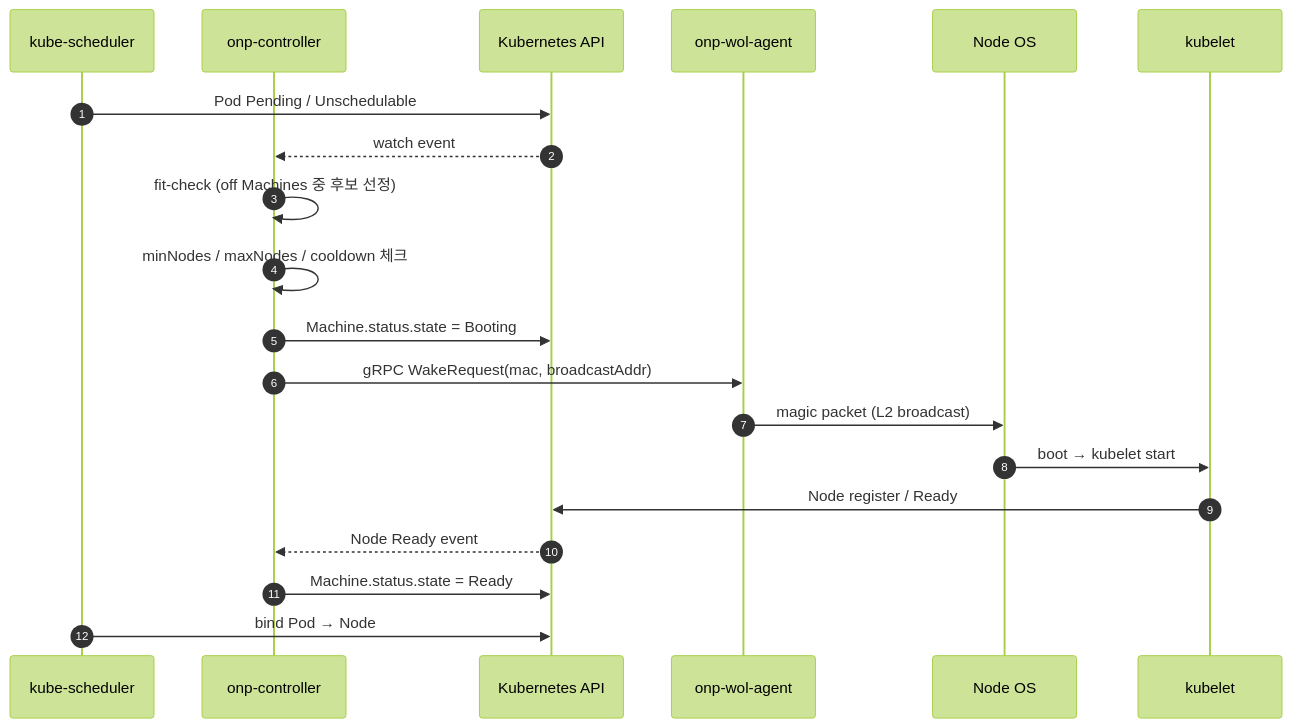
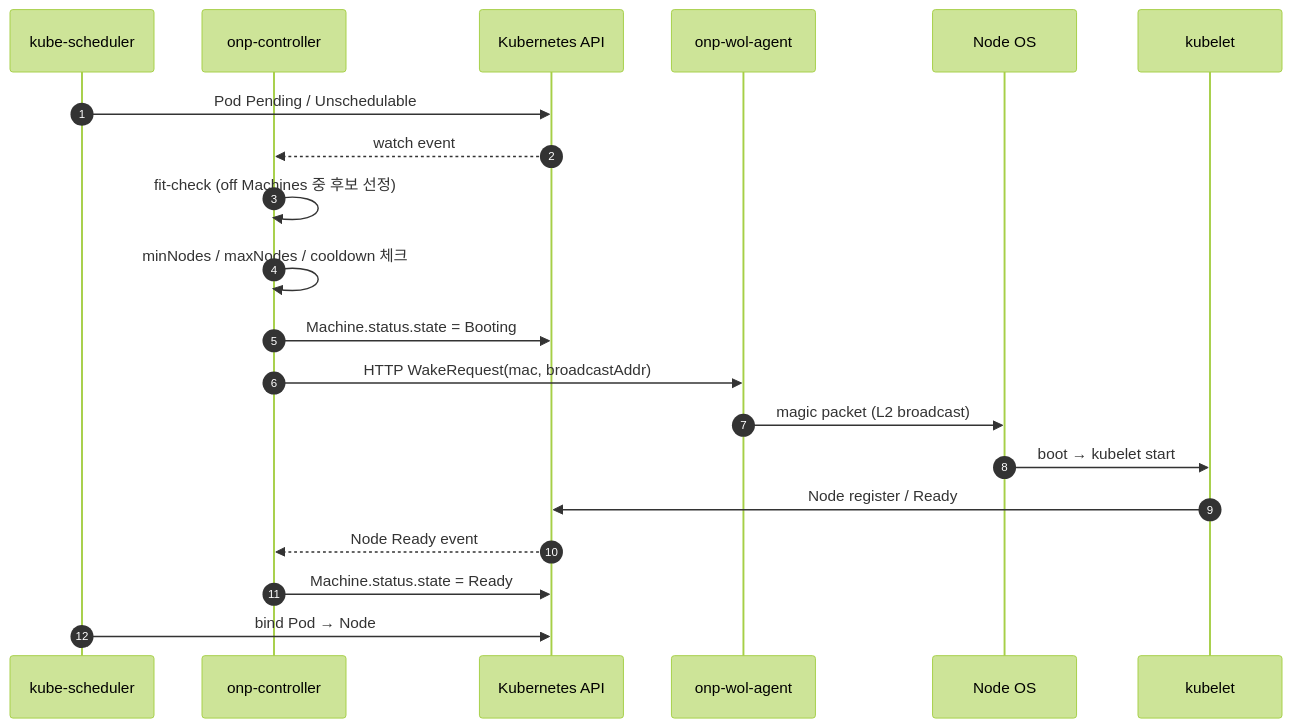
The third of 5 diagrams in docs/DESIGN.md (zzzinho/on-prem-node-provisioner), drawn with Mermaid (forest theme) before and after one commit. The commit also changed other lines of this file and 1 other file, not shown here.

````diff
--- a/docs/DESIGN.md
+++ b/docs/DESIGN.md
@@ -239,23 +239,23 @@
 ```mermaid
 sequenceDiagram
     autonumber
     participant Sched as kube-scheduler
     participant Ctrl as onp-controller
     participant API as Kubernetes API
     participant WoL as onp-wol-agent
     participant OS as Node OS
     participant Kub as kubelet
 
     Sched->>API: Pod Pending / Unschedulable
     API-->>Ctrl: watch event
     Ctrl->>Ctrl: fit-check (off Machines 중 후보 선정)
     Ctrl->>Ctrl: minNodes / maxNodes / cooldown 체크
     Ctrl->>API: Machine.status.state = Booting
-    Ctrl->>WoL: gRPC WakeRequest(mac, broadcastAddr)
+    Ctrl->>WoL: HTTP WakeRequest(mac, broadcastAddr)
     WoL->>OS: magic packet (L2 broadcast)
     OS->>Kub: boot → kubelet start
     Kub->>API: Node register / Ready
     API-->>Ctrl: Node Ready event
     Ctrl->>API: Machine.status.state = Ready
     Sched->>API: bind Pod → Node
 ```
````
